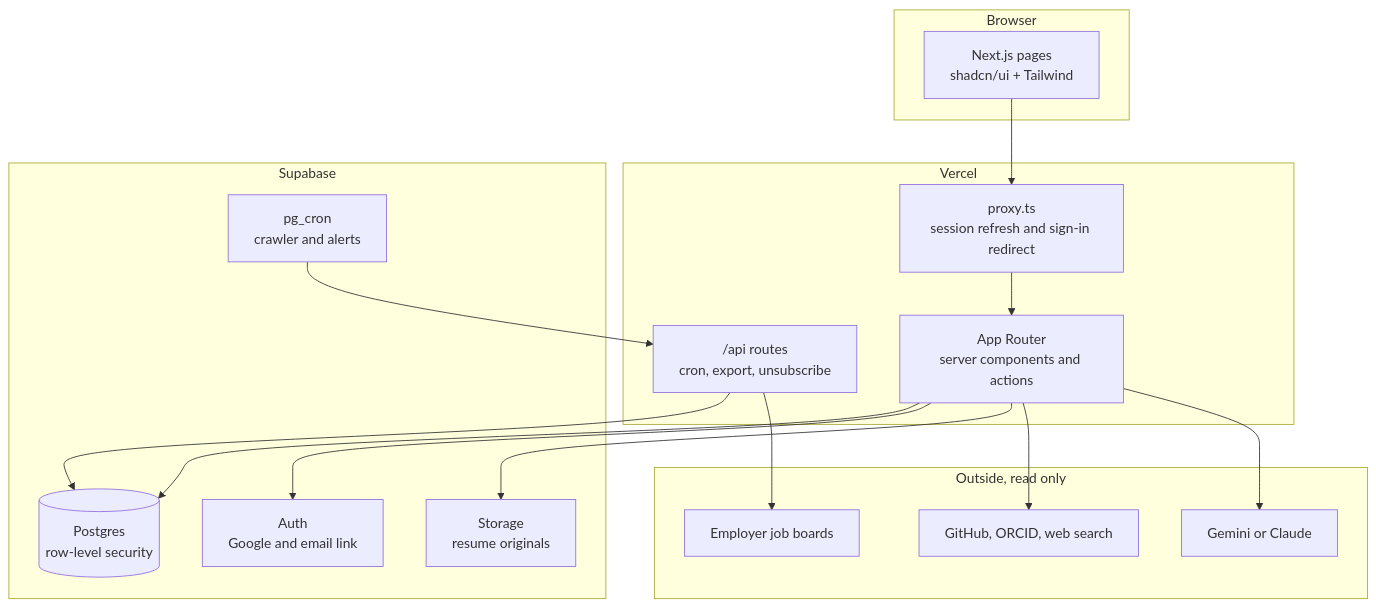
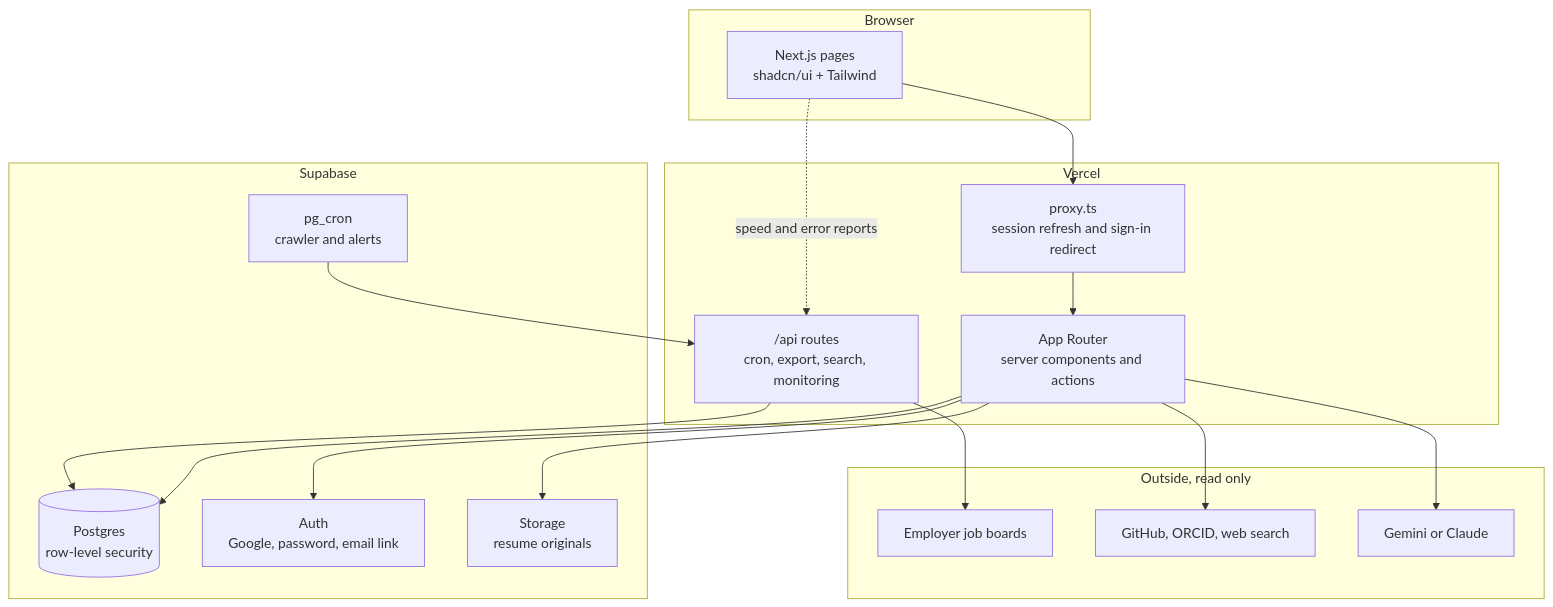
One commit to ShervinBabaei2007/Network-Growth-Assistance changed the second of 2 diagrams in README.md. Above: the diagram before and after it, drawn with Mermaid. The commit also changed other lines of this file, not shown here.

````diff
--- a/README.md
+++ b/README.md
@@ -302,30 +339,31 @@
 ```mermaid
 flowchart TB
     subgraph Browser
         UI["Next.js pages<br/>shadcn/ui + Tailwind"]
     end
     subgraph Vercel
         APP["App Router<br/>server components and actions"]
         PROXY["proxy.ts<br/>session refresh and sign-in redirect"]
-        API["/api routes<br/>cron, export, unsubscribe"]
+        API["/api routes<br/>cron, export, search, monitoring"]
     end
     subgraph Supabase
         DB[("Postgres<br/>row-level security")]
-        AUTH["Auth<br/>Google and email link"]
+        AUTH["Auth<br/>Google, password, email link"]
         STORE["Storage<br/>resume originals"]
         CRON["pg_cron<br/>crawler and alerts"]
     end
     subgraph "Outside, read only"
         BOARDS["Employer job boards"]
         PUBLIC["GitHub, ORCID, web search"]
         AI["Gemini or Claude"]
     end
     UI --> PROXY --> APP
+    UI -. "speed and error reports" .-> API
     APP --> DB
     APP --> AUTH
     APP --> STORE
     CRON --> API --> DB
     API --> BOARDS
     APP --> PUBLIC
     APP --> AI
 ```
````
